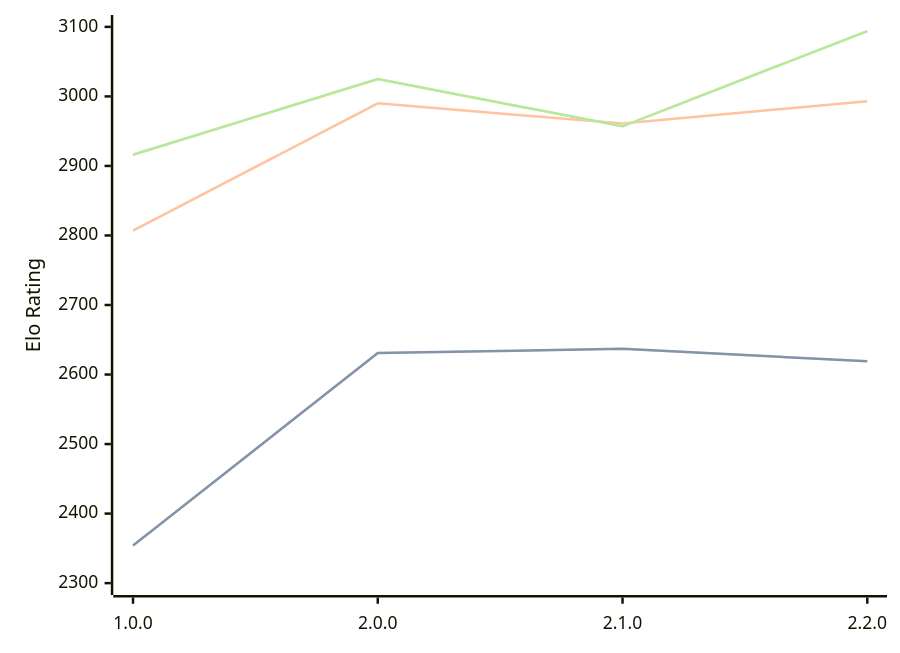
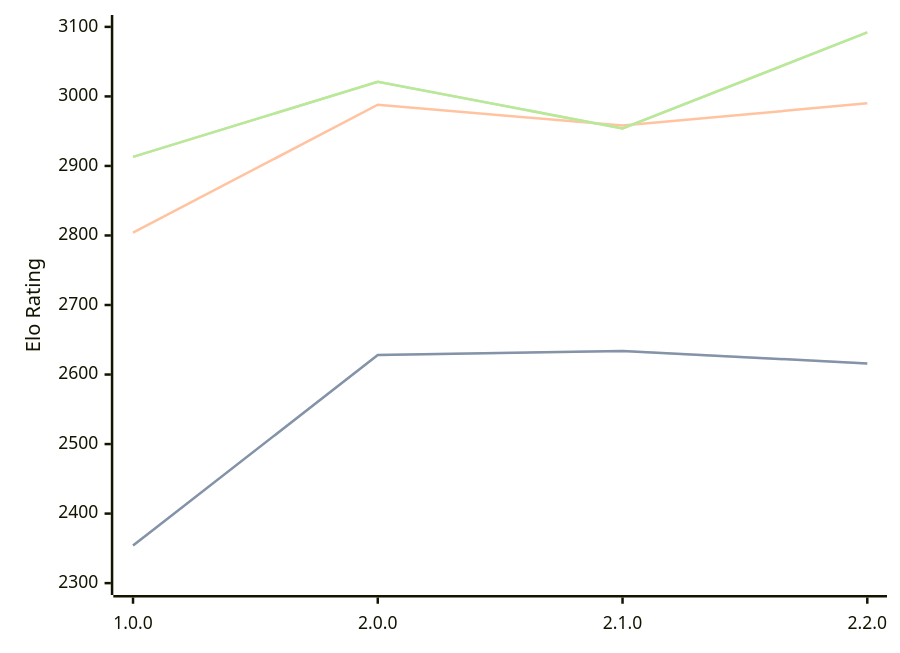
One commit to computer-chess-index/cci changed the diagram in engines/Catalyst.md. Above: the diagram before and after it, drawn with Mermaid. The commit also changed other lines of this file, not shown here.

Commit message:
Update CCI Ratings (ELO VLTC) - 2026-04-23

````diff
--- a/engines/Catalyst.md
+++ b/engines/Catalyst.md
@@ -34,11 +34,11 @@
 ```mermaid
 %%{init: {"theme":"base","themeVariables":{"seriesColors:['#a3a3a3','#222221','#faa371']}}}%%
 xychart-beta
   x-axis ["1.0.0", "2.0.0", "2.1.0", "2.2.0"]
   y-axis "Elo Rating" 2300 --> 3100
-  line "STC (8.0+0.08s)" [2354, 2631, 2637, 2619]
-  line "STC (8.0+0.08s)" [2354, 2631, 2637, 2619]
-  line "LTC (60.0+0.60s)" [2807, 2990, 2961, 2993]
-  line "VLTC (2m24s+1.12s)" [2916, 3025, 2957, 3094]
-  line "VLTC (2m24s+1.12s)" [2916, 3025, 2957, 3094]
+  line "STC (8.0+0.08s)" [2354, 2628, 2634, 2616]
+  line "STC (8.0+0.08s)" [2354, 2628, 2634, 2616]
+  line "LTC (60.0+0.60s)" [2804, 2988, 2958, 2990]
+  line "VLTC (2m24s+1.12s)" [2913, 3021, 2954, 3092]
+  line "VLTC (2m24s+1.12s)" [2913, 3021, 2954, 3092]
 ```
````
